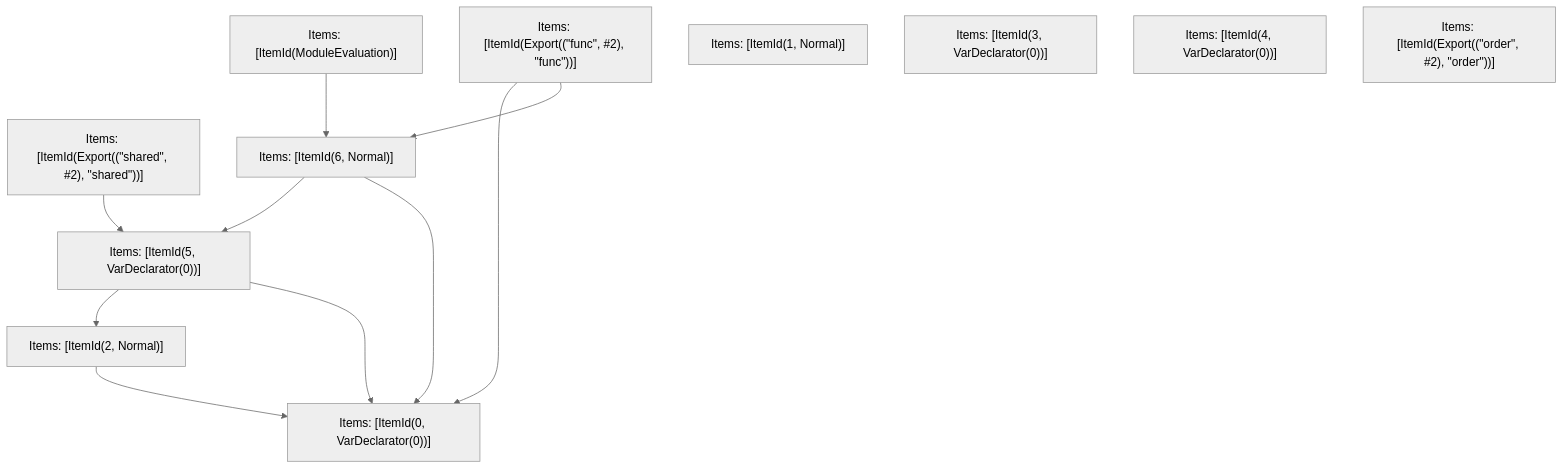
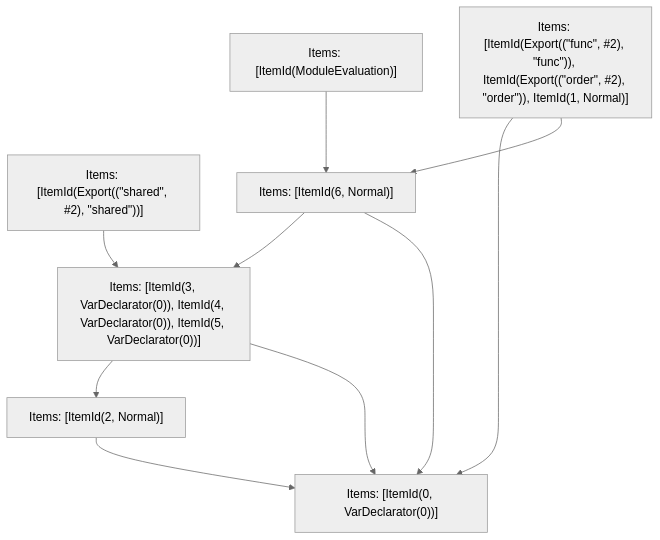
The fifth of 5 diagrams in turbopack/crates/turbopack-ecmascript/tests/tree-shaker/analyzer/write-order/output.md (Sonar-UX-Testing-FreePlan/next.js), drawn with Mermaid (neutral theme) before and after one commit. The commit also changed other lines of this file and 38 other files, not shown here.

````diff
--- a/turbopack/crates/turbopack-ecmascript/tests/tree-shaker/analyzer/write-order/output.md
+++ b/turbopack/crates/turbopack-ecmascript/tests/tree-shaker/analyzer/write-order/output.md
@@ -211,23 +211,19 @@
 ```mermaid
 graph TD
     N0["Items: [ItemId(ModuleEvaluation)]"];
-    N1["Items: [ItemId(Export((&quot;func&quot;, #2), &quot;func&quot;))]"];
+    N1["Items: [ItemId(Export((&quot;func&quot;, #2), &quot;func&quot;)), ItemId(Export((&quot;order&quot;, #2), &quot;order&quot;)), ItemId(1, Normal)]"];
     N2["Items: [ItemId(Export((&quot;shared&quot;, #2), &quot;shared&quot;))]"];
     N3["Items: [ItemId(0, VarDeclarator(0))]"];
     N4["Items: [ItemId(2, Normal)]"];
-    N5["Items: [ItemId(5, VarDeclarator(0))]"];
+    N5["Items: [ItemId(3, VarDeclarator(0)), ItemId(4, VarDeclarator(0)), ItemId(5, VarDeclarator(0))]"];
     N6["Items: [ItemId(6, Normal)]"];
-    N7["Items: [ItemId(1, Normal)]"];
-    N8["Items: [ItemId(3, VarDeclarator(0))]"];
-    N9["Items: [ItemId(4, VarDeclarator(0))]"];
-    N10["Items: [ItemId(Export((&quot;order&quot;, #2), &quot;order&quot;))]"];
     N4 --> N3;
     N5 --> N4;
     N1 --> N3;
     N1 --> N6;
     N5 --> N3;
     N2 --> N5;
     N6 --> N5;
     N6 --> N3;
     N0 --> N6;
 ```
````
